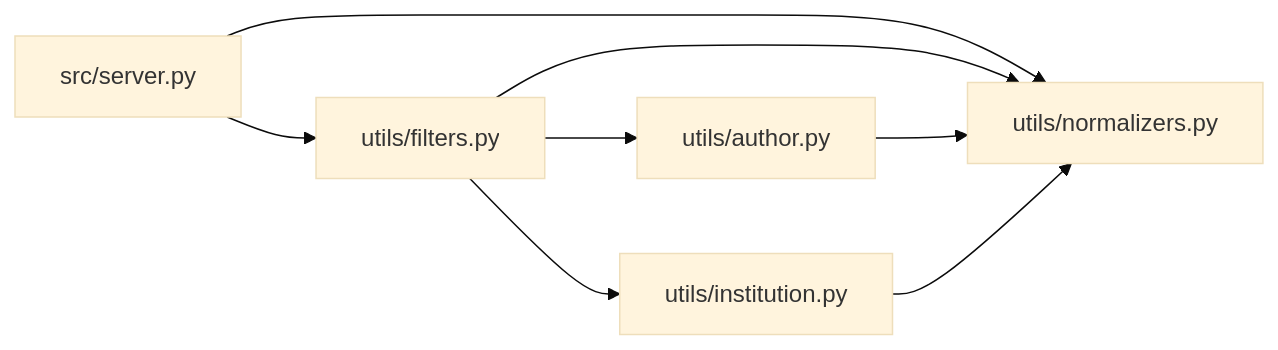
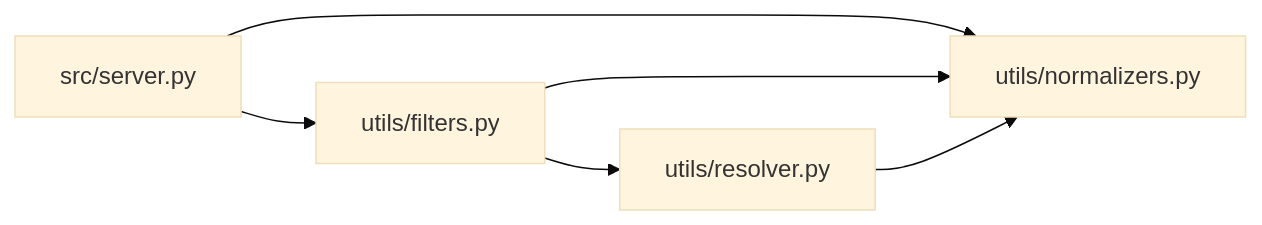
Before and after one commit to ELumya/openalex-mcp: the second of 4 diagrams in ARCHITECTURE.md, drawn with Mermaid (base theme). The commit also changed other lines of this file, not shown here.

Commit message:
docs: update architecture

````diff
--- a/ARCHITECTURE.md
+++ b/ARCHITECTURE.md
@@ -52,16 +49,13 @@
 ```mermaid
 flowchart LR
     server["src/server.py"]
     filters["utils/filters.py"]
     norm["utils/normalizers.py"]
-    author["utils/author.py"]
-    institution["utils/institution.py"]
+    resolver["utils/resolver.py"]
 
     server --> norm
     server --> filters
     filters --> norm
-    filters --> author
-    filters --> institution
-    author --> norm
-    institution --> norm
+    filters --> resolver
+    resolver --> norm
 ```
````
